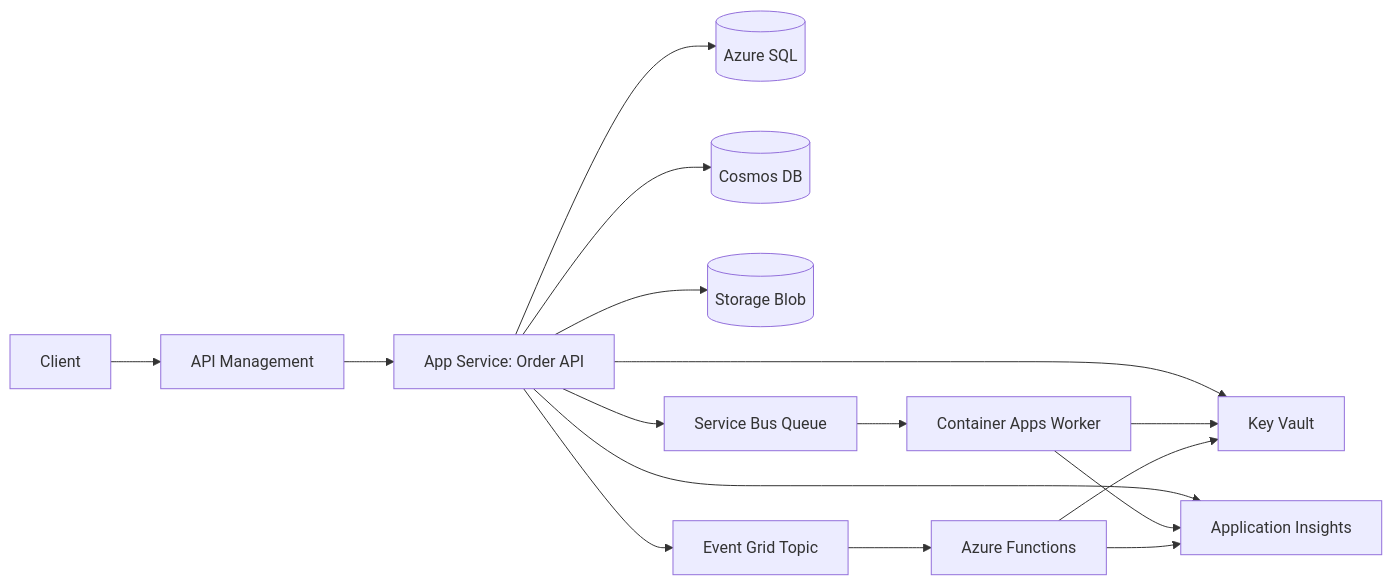
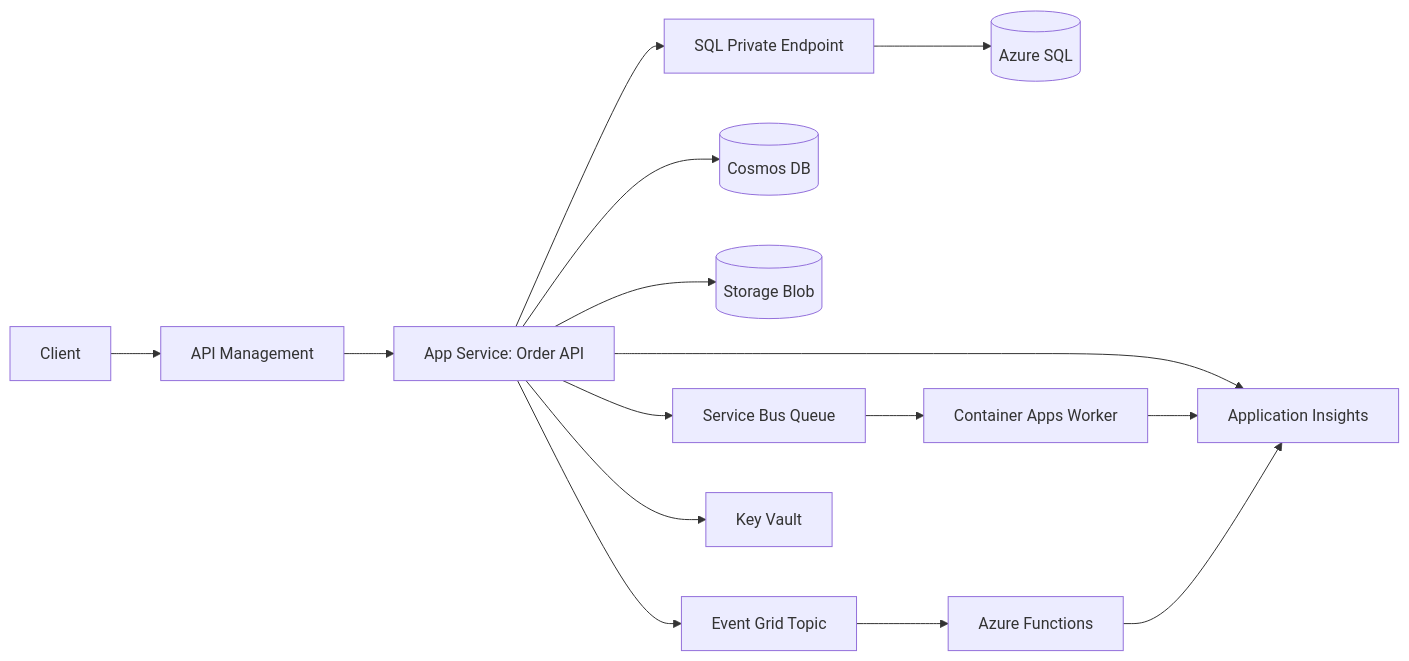
One commit to alexandruchirita4192org/azure-poc changed the diagram in README.md. Above: the diagram before and after it, drawn with Mermaid. The commit also changed other lines of this file and 20 other files, not shown here.

````diff
--- a/README.md
+++ b/README.md
@@ -25,18 +25,17 @@
 ```mermaid
 flowchart LR
     Client[Client] --> APIM[API Management]
     APIM --> API[App Service: Order API]
-    API --> SQL[(Azure SQL)]
+    API --> SQLPE[SQL Private Endpoint]
+    SQLPE --> SQL[(Azure SQL)]
     API --> Cosmos[(Cosmos DB)]
     API --> Blob[(Storage Blob)]
     API --> SB[Service Bus Queue]
     API --> EG[Event Grid Topic]
     EG --> Fn[Azure Functions]
     SB --> Worker[Container Apps Worker]
     API --> KV[Key Vault]
-    Worker --> KV
-    Fn --> KV
     API --> AI[Application Insights]
     Worker --> AI
     Fn --> AI
 ```
````
